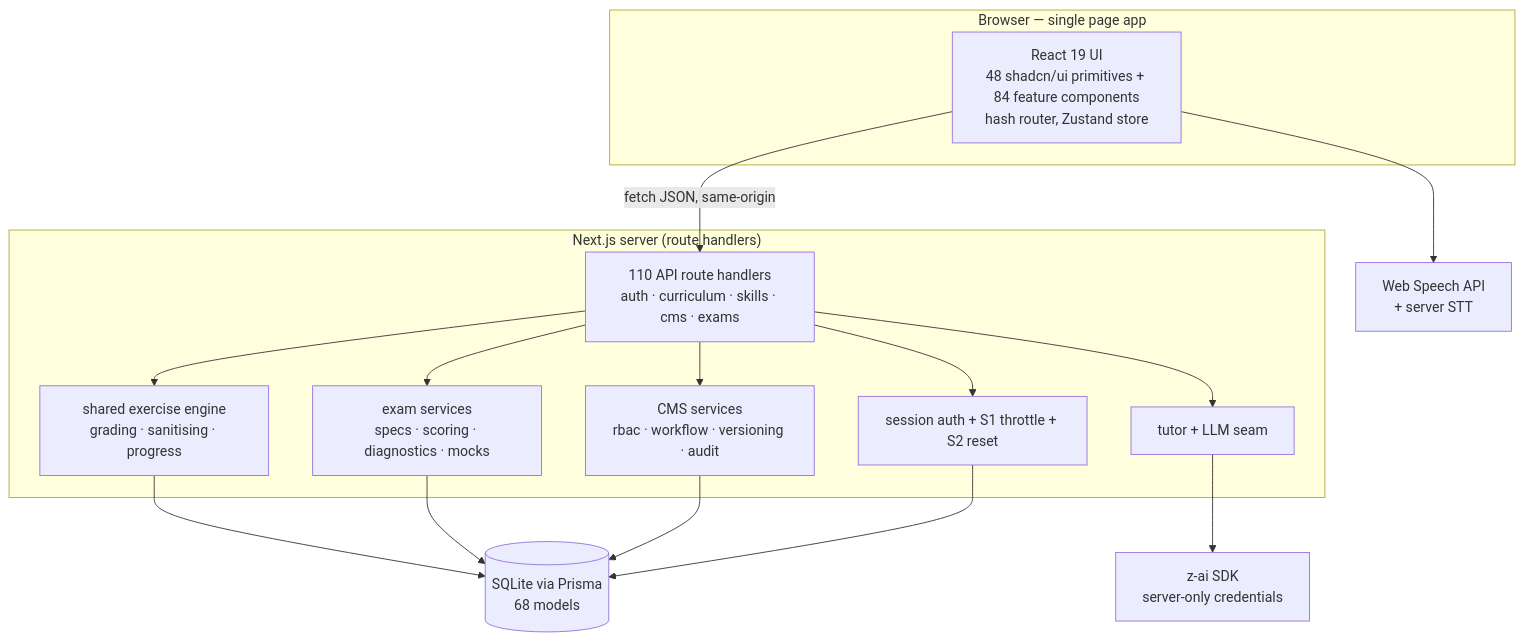
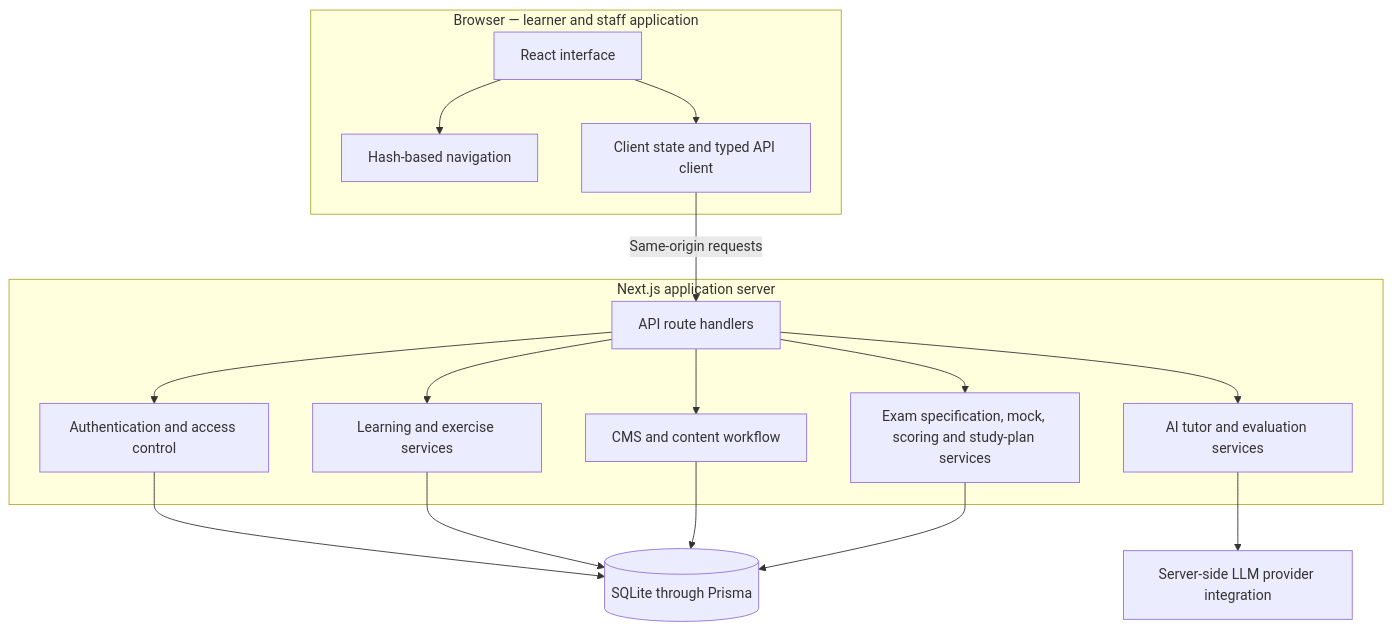
One commit to AshfaqAIML/TalkSy changed the third of 3 diagrams in README.md. Above: the diagram before and after it, drawn with Mermaid. The commit also changed other lines of this file, not shown here.

````diff
--- a/README.md
+++ b/README.md
@@ -316,29 +559,31 @@
 ```mermaid
 flowchart TB
-  subgraph CLIENT["Browser — single page app"]
-    UI["React 19 UI<br/>48 shadcn/ui primitives + 84 feature components<br/>hash router, Zustand store"]
+  subgraph BROWSER[Browser — learner and staff application]
+    UI[React interface]
+    ROUTER[Hash-based navigation]
+    STORE[Client state and typed API client]
+    UI --> ROUTER
+    UI --> STORE
   end
-  subgraph SERVER["Next.js server (route handlers)"]
-    API["110 API route handlers<br/>auth · curriculum · skills · cms · exams"]
-    AUTH["session auth + S1 throttle + S2 reset"]
-    ENGINE["shared exercise engine<br/>grading · sanitising · progress"]
-    EXAMS["exam services<br/>specs · scoring · diagnostics · mocks"]
-    CMS["CMS services<br/>rbac · workflow · versioning · audit"]
-    TUTOR["tutor + LLM seam"]
+  subgraph APP[Next.js application server]
+    API[API route handlers]
+    AUTH[Authentication and access control]
+    LEARN[Learning and exercise services]
+    CMS[CMS and content workflow]
+    EXAM[Exam specification, mock, scoring and study-plan services]
+    TUTOR[AI tutor and evaluation services]
+    API --> AUTH
+    API --> LEARN
+    API --> CMS
+    API --> EXAM
+    API --> TUTOR
   end
-  DB[("SQLite via Prisma<br/>68 models")]
-  LLM["z-ai SDK<br/>server-only credentials"]
-  STT["Web Speech API<br/>+ server STT"]
-  UI -->|"fetch JSON, same-origin"| API
-  API --> AUTH
-  API --> ENGINE
-  API --> EXAMS
-  API --> CMS
-  API --> TUTOR
-  ENGINE --> DB
-  EXAMS --> DB
+  DB[(SQLite through Prisma)]
+  LLM[Server-side LLM provider integration]
+  STORE -->|Same-origin requests| API
+  AUTH --> DB
+  LEARN --> DB
   CMS --> DB
-  AUTH --> DB
+  EXAM --> DB
   TUTOR --> LLM
-  UI --> STT
 ```
````
